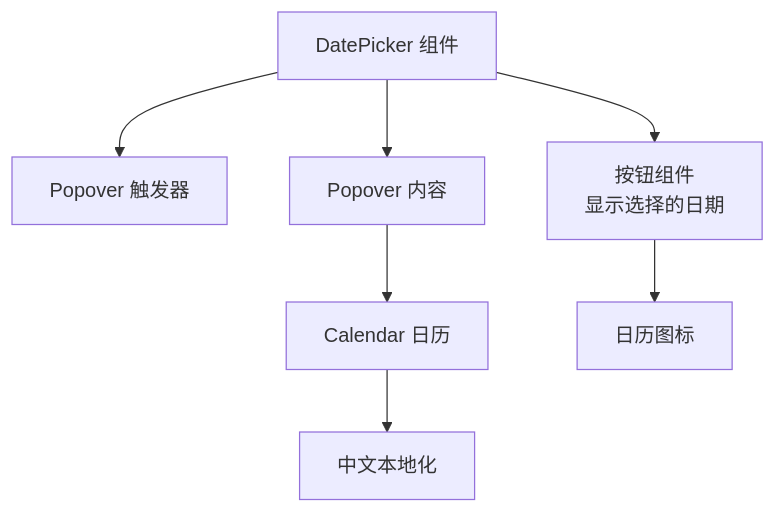
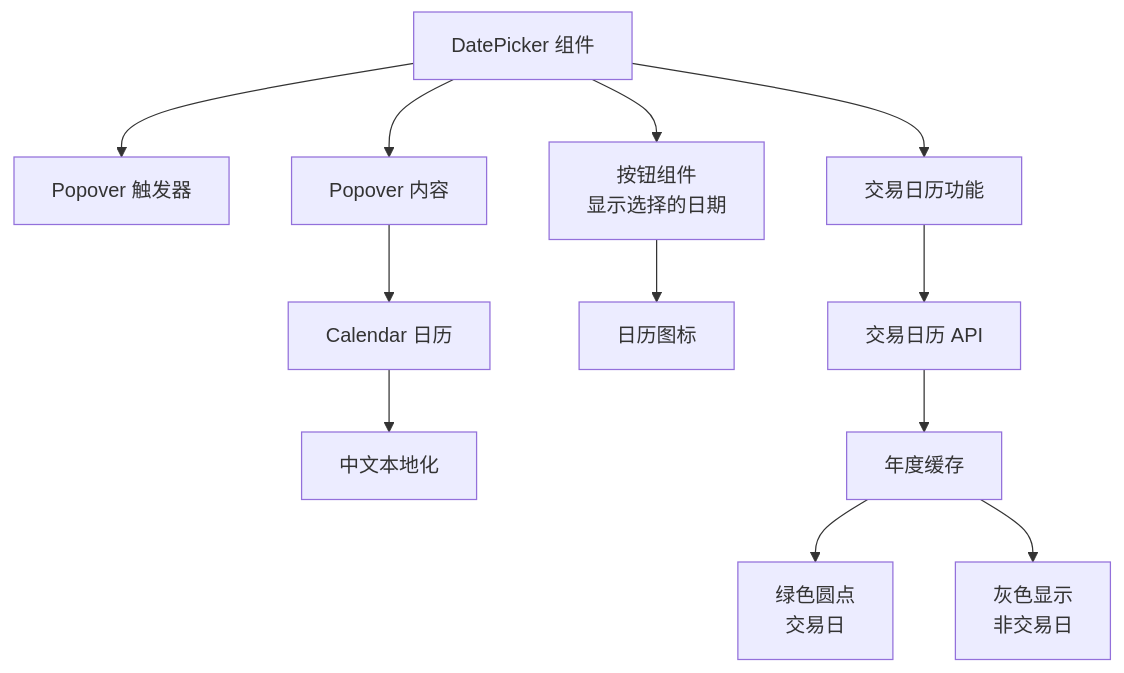
The ninth of 10 diagrams in .qoder/repowiki/zh/content/前端应用架构/组件系统架构/UI组件库.md (gujialind/InvestRing), drawn with Mermaid before and after one commit. The commit also changed other lines of this file and 15 other files, not shown here.

````diff
--- a/.qoder/repowiki/zh/content/前端应用架构/组件系统架构/UI组件库.md
+++ b/.qoder/repowiki/zh/content/前端应用架构/组件系统架构/UI组件库.md
@@ -485,9 +497,14 @@
 ```mermaid
 flowchart TD
 DP["DatePicker 组件"] --> PB["Popover 触发器"]
 DP --> BC["按钮组件<br/>显示选择的日期"]
 DP --> PC["Popover 内容"]
 PC --> CL["Calendar 日历"]
 BC --> CI["日历图标"]
 CL --> ZHCN["中文本地化"]
+DP --> TC["交易日历功能"]
+TC --> API["交易日历 API"]
+API --> CACHE["年度缓存"]
+CACHE --> GREEN["绿色圆点<br/>交易日"]
+CACHE --> GRAY["灰色显示<br/>非交易日"]
 ```
````
